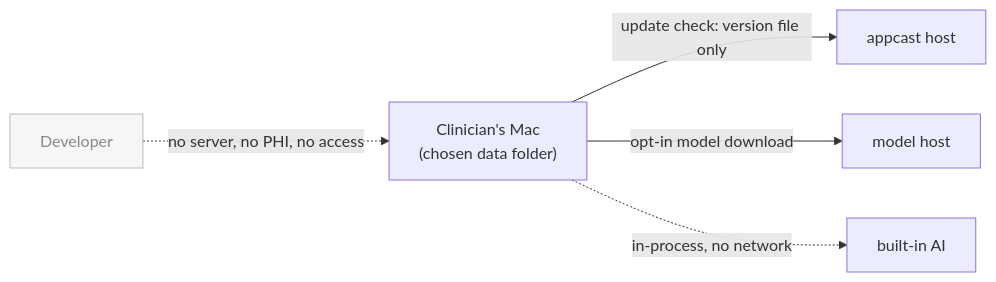
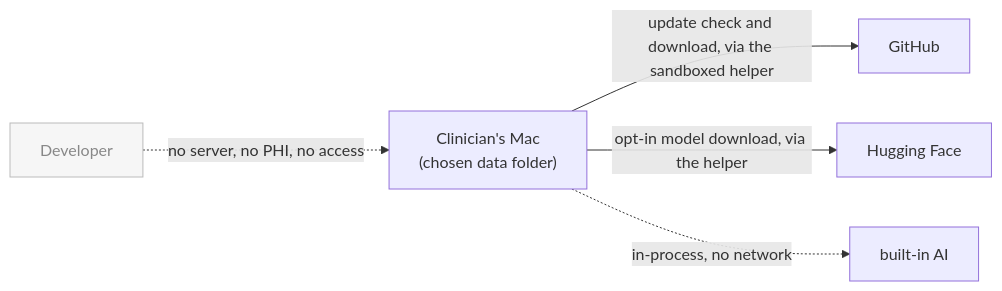
Before and after one commit to mgwedd/aletheia: the diagram in docs/HIPAA-SAFEGUARDS.md, drawn with Mermaid. The commit also changed other lines of this file and 7 other files, not shown here.

````diff
--- a/docs/HIPAA-SAFEGUARDS.md
+++ b/docs/HIPAA-SAFEGUARDS.md
@@ -22,10 +22,10 @@
 ```mermaid
 flowchart LR
     C["Clinician's Mac<br/>(chosen data folder)"]
-    C -->|update check: version file only| U["appcast host"]
-    C -->|opt-in model download| M["model host"]
+    C -->|"update check and download, via the sandboxed helper"| U["GitHub"]
+    C -->|"opt-in model download, via the helper"| M["Hugging Face"]
     C -.->|in-process, no network| O["built-in AI"]
     D["Developer"]:::none
     classDef none fill:#f6f6f6,stroke:#bbb,color:#888;
     D -. "no server, no PHI, no access" .-> C
 ```
````
